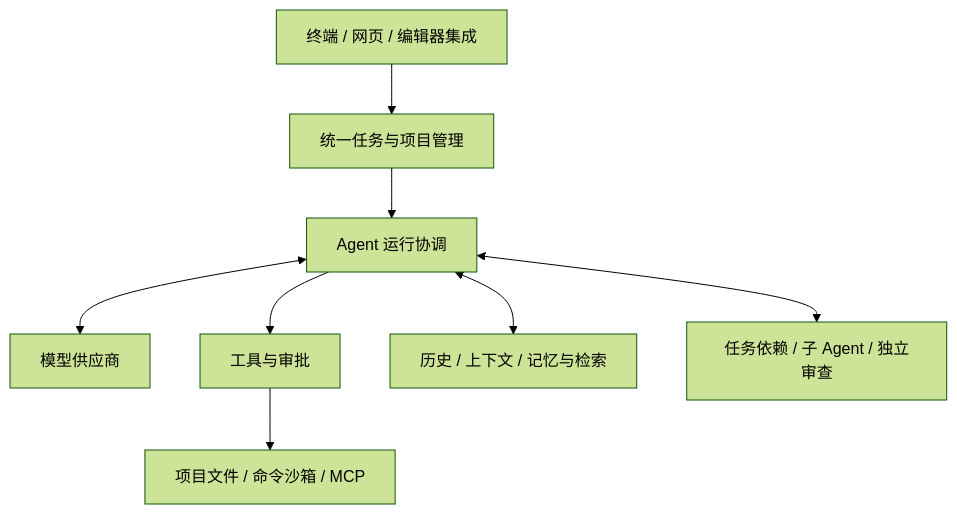
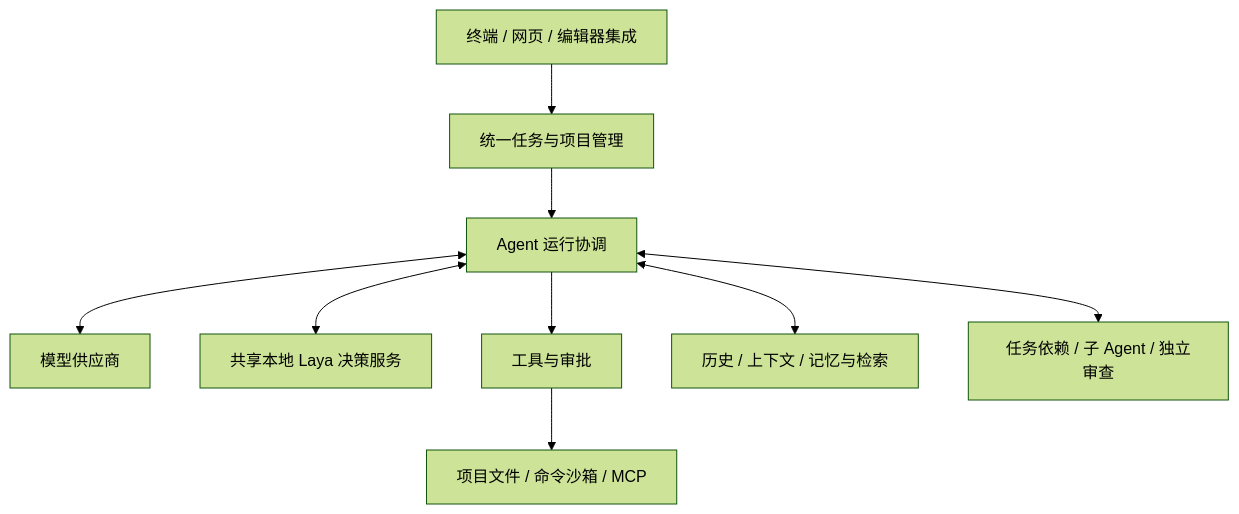
One commit to dd1000001000/EASY_CODE changed the diagram in docs/TECHNICAL_DESIGN_ZH.md. Above: the diagram before and after it, drawn with Mermaid (forest theme). The commit also changed other lines of this file and 16 other files, not shown here.

````diff
--- a/docs/TECHNICAL_DESIGN_ZH.md
+++ b/docs/TECHNICAL_DESIGN_ZH.md
@@ -11,10 +11,11 @@
 ```mermaid
 flowchart TD
     UI[终端 / 网页 / 编辑器集成] --> APP[统一任务与项目管理]
     APP --> AGENT[Agent 运行协调]
     AGENT <--> MODEL[模型供应商]
+    AGENT <--> LOCAL[共享本地 Laya 决策服务]
     AGENT --> TOOLS[工具与审批]
     TOOLS --> ENV[项目文件 / 命令沙箱 / MCP]
     AGENT <--> MEMORY[历史 / 上下文 / 记忆与检索]
     AGENT <--> TEAM[任务依赖 / 子 Agent / 独立审查]
 ```
````
